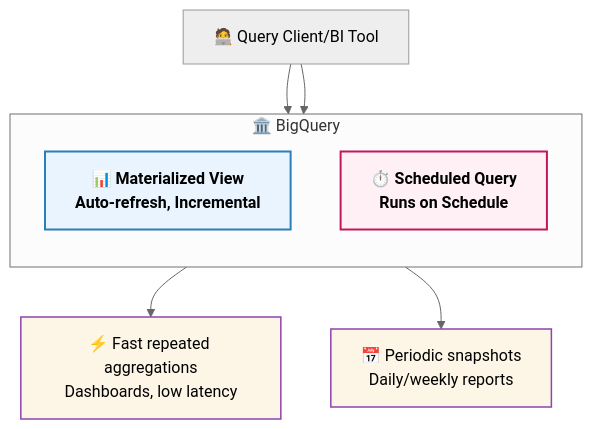
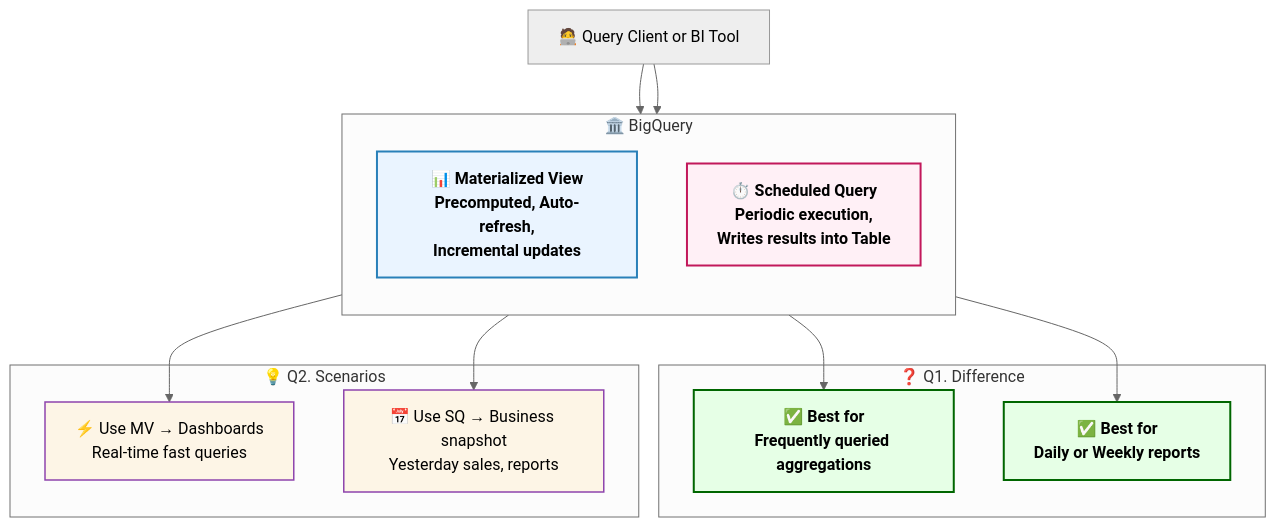
One commit to blaire101/DE2-AWS-Azure-GCP-2025 changed the sixth of 12 diagrams in GCP-Data-Engineering-QA.md. Above: the diagram before and after it, drawn with Mermaid (neutral theme). The commit also changed other lines of this file, not shown here.

````diff
--- a/GCP-Data-Engineering-QA.md
+++ b/GCP-Data-Engineering-QA.md
@@ -263,20 +250,35 @@
 ```mermaid
 flowchart TB
     classDef mv fill:#eaf4ff,stroke:#2980b9,stroke-width:2px,color:#000,font-weight:bold
     classDef sq fill:#fff0f6,stroke:#c2185b,stroke-width:2px,color:#000,font-weight:bold
     classDef use fill:#fdf5e6,stroke:#8e44ad,stroke-width:1.5px,color:#000
+    classDef diff fill:#e6ffe6,stroke:#006600,stroke-width:2px,color:#000,font-weight:bold
 
-    C[🧑‍💻 Query Client/BI Tool]
+    C[🧑‍💻 Query Client or BI Tool]
 
     subgraph BQ["🏛️ BigQuery"]
       direction TB
-      MV[📊 Materialized View<br/>Auto-refresh, Incremental]:::mv
-      SQ[⏱️ Scheduled Query<br/>Runs on Schedule]:::sq
+      MV[📊 Materialized View<br/>Precomputed, Auto-refresh,<br/>Incremental updates]:::mv
+      SQ[⏱️ Scheduled Query<br/>Periodic execution,<br/>Writes results into Table]:::sq
     end
 
+    %% Differences
+    subgraph D["❓ Q1. Difference"]
+      DMV[✅ Best for<br/>Frequently queried aggregations]:::diff
+      DSQ[✅ Best for<br/>Daily or Weekly reports]:::diff
+    end
+
+    %% Use Cases
+    subgraph U["💡 Q2. Scenarios"]
+      U1[⚡ Use MV → Dashboards<br/>Real-time fast queries]:::use
+      U2[📅 Use SQ → Business snapshot<br/>Yesterday sales, reports]:::use
+    end
+
+    %% Connections
     C --> MV
     C --> SQ
-
-    MV --> U1[⚡ Fast repeated aggregations<br/>Dashboards, low latency]:::use
-    SQ --> U2[📅 Periodic snapshots<br/>Daily/weekly reports]:::use
+    MV --> DMV
+    SQ --> DSQ
+    MV --> U1
+    SQ --> U2
 ```
````
